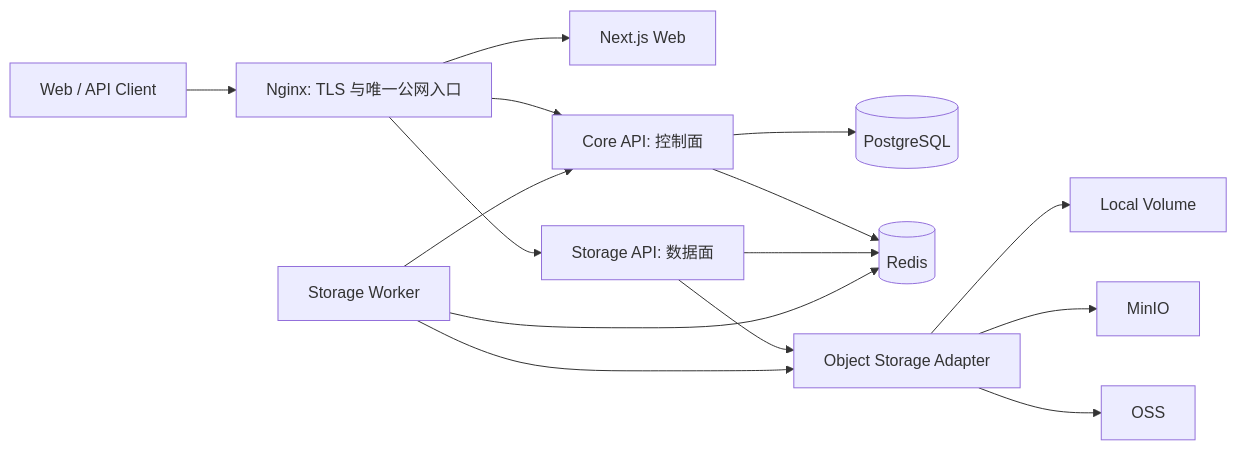
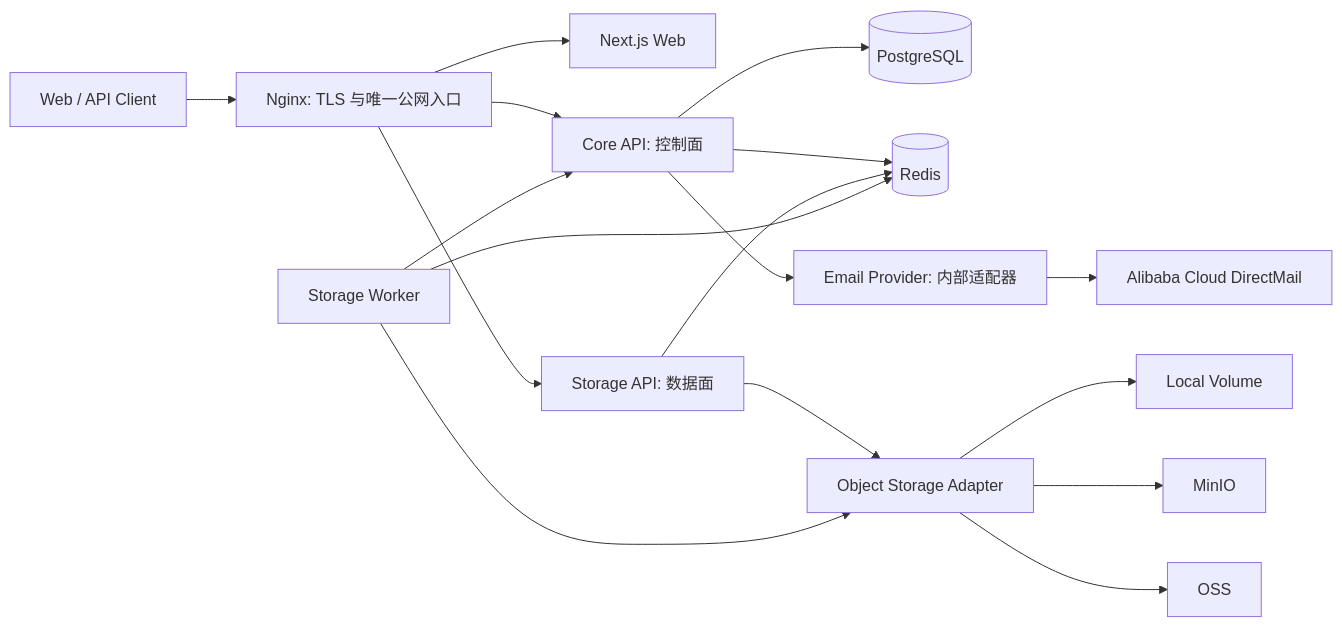
The first of 3 diagrams in docs/superpowers/specs/2026-07-10-core-api-storage-architecture-design.md (Golenspade/MyWebDrive), drawn with Mermaid before and after one commit. The commit also changed other lines of this file and 21 other files, not shown here.

Commit message:
feat(email): deliver OTP through DirectMail

````diff
--- a/docs/superpowers/specs/2026-07-10-core-api-storage-architecture-design.md
+++ b/docs/superpowers/specs/2026-07-10-core-api-storage-architecture-design.md
@@ -69,19 +69,21 @@
 ```mermaid
 flowchart LR
     Client["Web / API Client"] --> Nginx["Nginx: TLS 与唯一公网入口"]
     Nginx --> Web["Next.js Web"]
     Nginx --> Core["Core API: 控制面"]
     Nginx --> Storage["Storage API: 数据面"]
 
     Core --> PG[("PostgreSQL")]
     Core --> Redis[("Redis")]
+    Core --> Email["Email Provider: 内部适配器"]
+    Email --> DirectMail["Alibaba Cloud DirectMail"]
     Storage --> Redis
     Storage --> Object["Object Storage Adapter"]
     Worker["Storage Worker"] --> Redis
     Worker --> Object
     Worker --> Core
 
     Object --> Local["Local Volume"]
     Object --> MinIO["MinIO"]
     Object --> OSS["OSS"]
 ```
````
